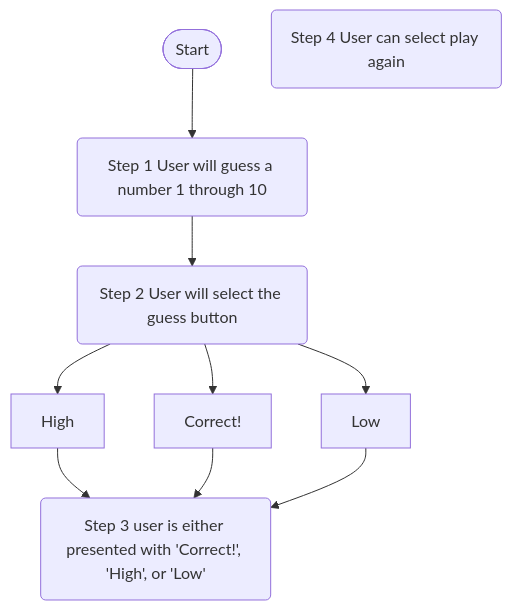
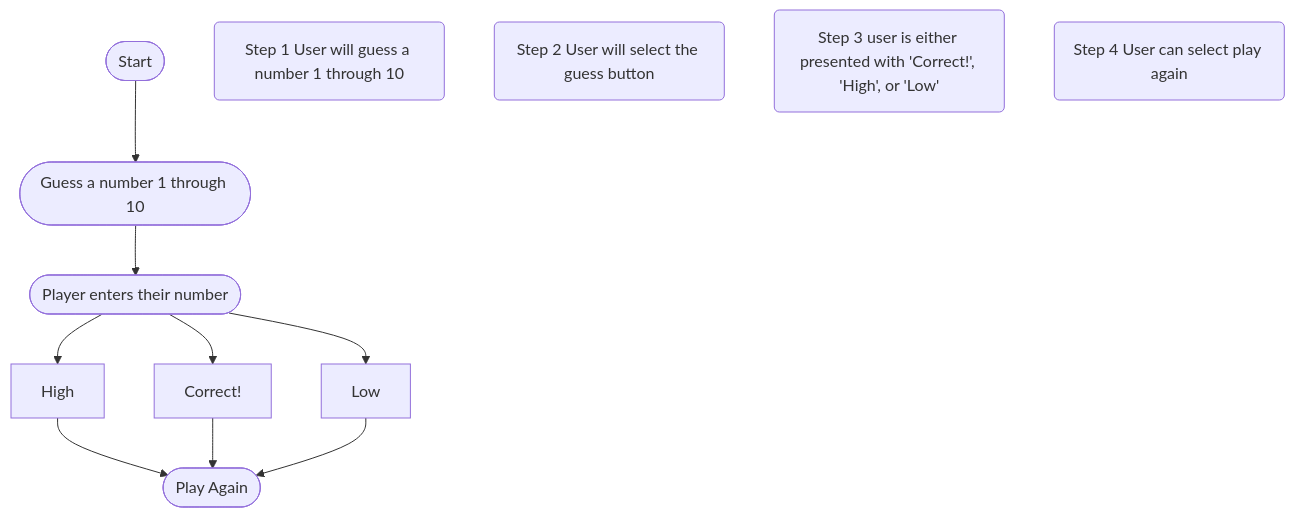
One commit to slaucks/slaucks.github.io changed the diagram in Guessing.md. Above: the diagram before and after it, drawn with Mermaid.

````diff
--- a/Guessing.md
+++ b/Guessing.md
@@ -1,14 +1,14 @@
 ```mermaid
 flowchart TD
  Start([Start]) --> id1([Guess a number 1 through 10]) --> id2([Player enters their number])
 id2 --> High --> id3([Play Again])
 id2 --> Correct! --> id3([Play Again])
 id2 --> Low --> id3([Play Again])
 
 Start([Start])
-id1(Step 1 User will guess a number 1 through 10)
-id2(Step 2 User will select the guess button)
-id3(Step 3 user is either presented with 'Correct!', 'High', or 'Low')
-id4(Step 4 User can select play again)
+id4(Step 1 User will guess a number 1 through 10)
+id5(Step 2 User will select the guess button)
+id6(Step 3 user is either presented with 'Correct!', 'High', or 'Low')
+id7(Step 4 User can select play again)
 
 ```
````
